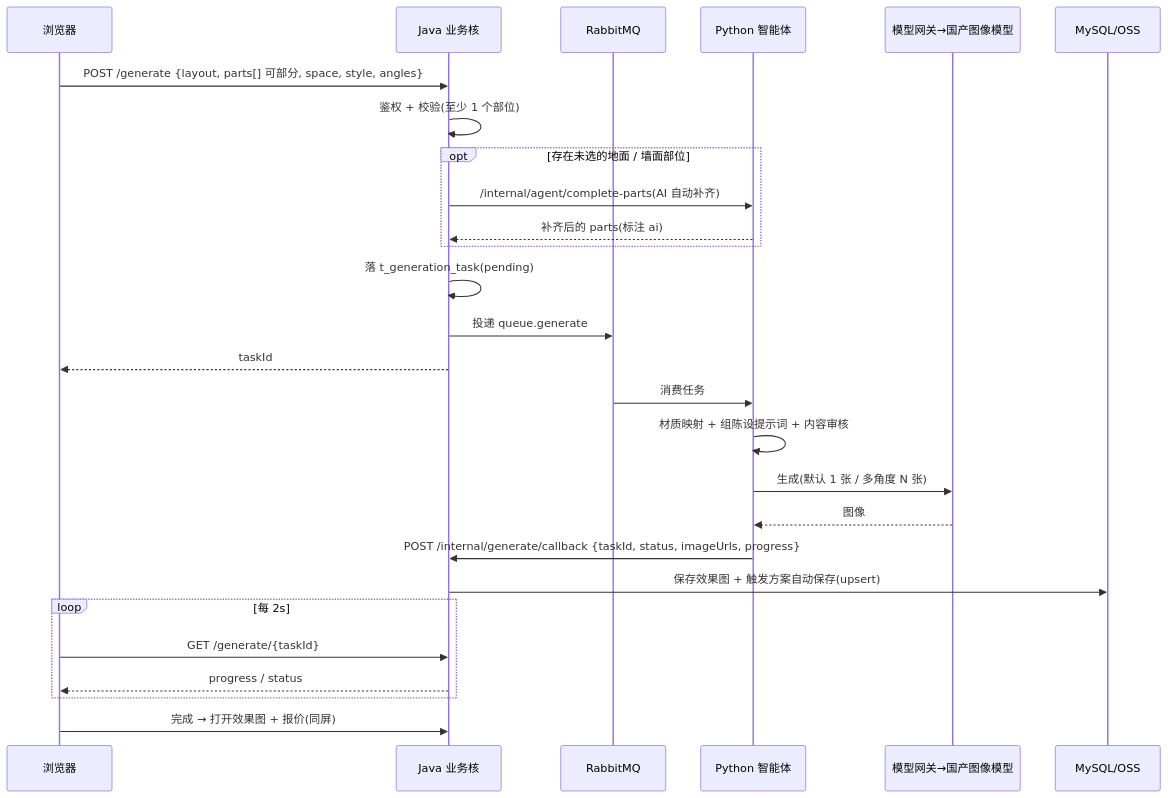
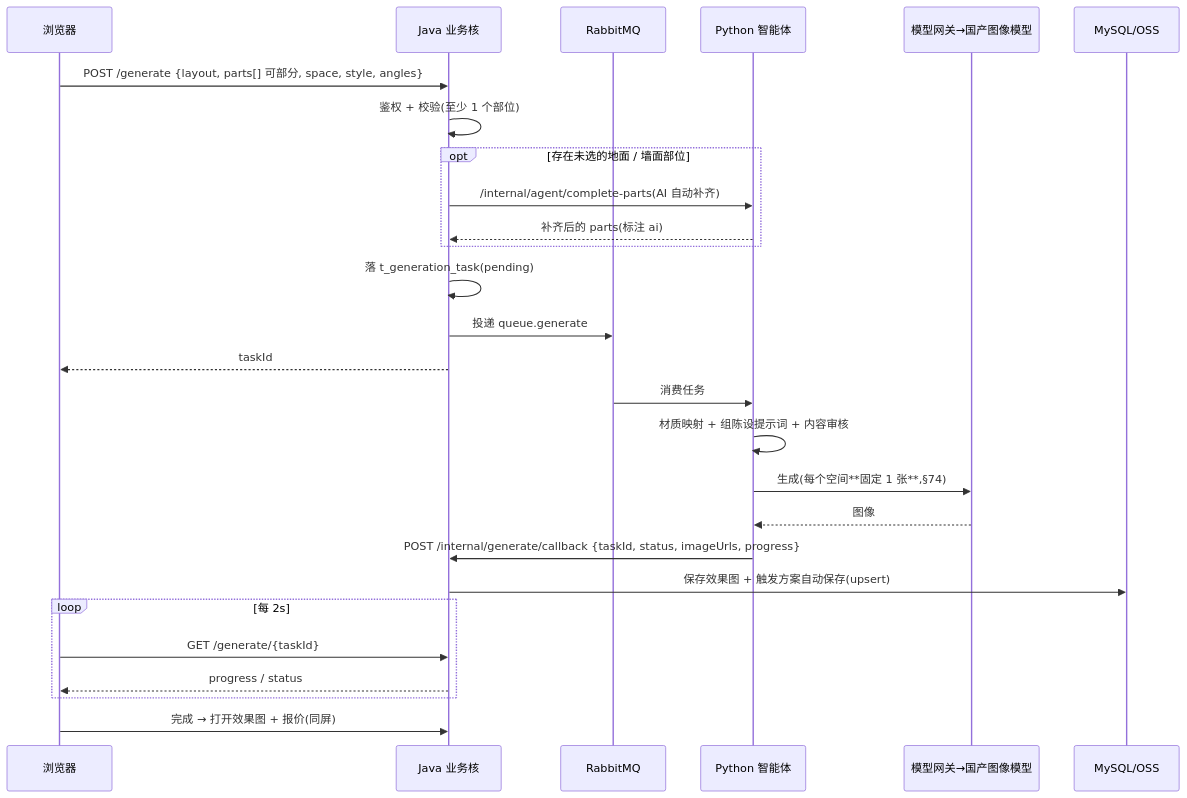
Before and after one commit to lyd-svg/tile-ai: the second of 4 diagrams in tile-ai-architecture.md, drawn with Mermaid. The commit also changed other lines of this file and 15 other files, not shown here.

First line of the commit message:
feat: angles 上限由 4 锁为 1 —— 每个空间只出一张效果图

````diff
--- a/tile-ai-architecture.md
+++ b/tile-ai-architecture.md
@@ -887,29 +896,29 @@
 ```mermaid
 sequenceDiagram
   participant U as 浏览器
   participant J as Java 业务核
   participant Q as RabbitMQ
   participant P as Python 智能体
   participant M as 模型网关→国产图像模型
   participant DB as MySQL/OSS
   U->>J: POST /generate {layout, parts[] 可部分, space, style, angles}
   J->>J: 鉴权 + 校验(至少 1 个部位)
   opt 存在未选的地面 / 墙面部位
     J->>P: /internal/agent/complete-parts(AI 自动补齐)
     P-->>J: 补齐后的 parts(标注 ai)
   end
   J->>J: 落 t_generation_task(pending)
   J->>Q: 投递 queue.generate
   J-->>U: taskId
   Q->>P: 消费任务
   P->>P: 材质映射 + 组陈设提示词 + 内容审核
-  P->>M: 生成(默认 1 张 / 多角度 N 张)
+  P->>M: 生成(每个空间**固定 1 张**,§74)
   M-->>P: 图像
   P->>J: POST /internal/generate/callback {taskId, status, imageUrls, progress}
   J->>DB: 保存效果图 + 触发方案自动保存(upsert)
   loop 每 2s
     U->>J: GET /generate/{taskId}
     J-->>U: progress / status
   end
   U->>J: 完成 → 打开效果图 + 报价(同屏)
 ```
````
